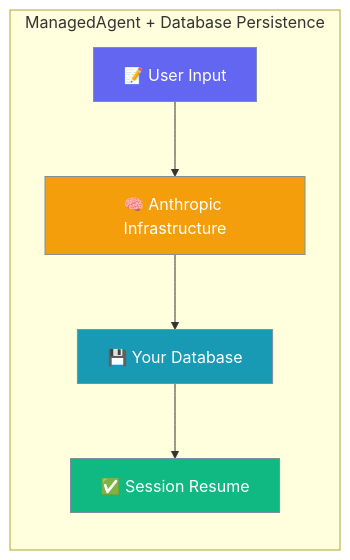
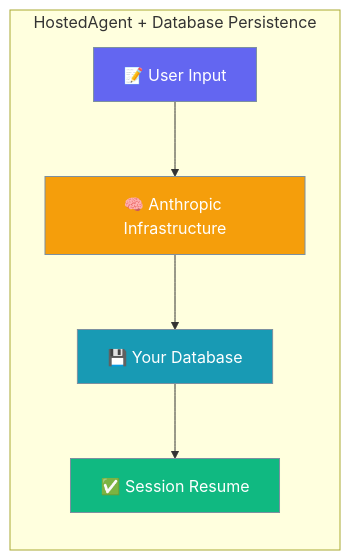
Before and after one commit to MervinPraison/PraisonAIDocs: the first of 2 diagrams in docs/features/managed-agent-persistence.mdx, drawn with Mermaid. The commit also changed other lines of this file and 5 other files, not shown here.

First line of the commit message:
docs(features): add HostedAgent + LocalAgent pages, update ManagedAgent references

````diff
--- a/docs/features/managed-agent-persistence.mdx
+++ b/docs/features/managed-agent-persistence.mdx
@@ -10,18 +14,18 @@
 ```mermaid
 graph LR
-    subgraph "ManagedAgent + Database Persistence"
+    subgraph "HostedAgent + Database Persistence"
         A[📝 User Input] --> B[🧠 Anthropic Infrastructure]
         B --> C[💾 Your Database]
         C --> D[✅ Session Resume]
     end
     
     classDef input fill:#6366F1,stroke:#7C90A0,color:#fff
     classDef process fill:#F59E0B,stroke:#7C90A0,color:#fff
     classDef storage fill:#189AB4,stroke:#7C90A0,color:#fff
     classDef output fill:#10B981,stroke:#7C90A0,color:#fff
     
     class A input
     class B process
     class C storage
     class D output
 ```
````
